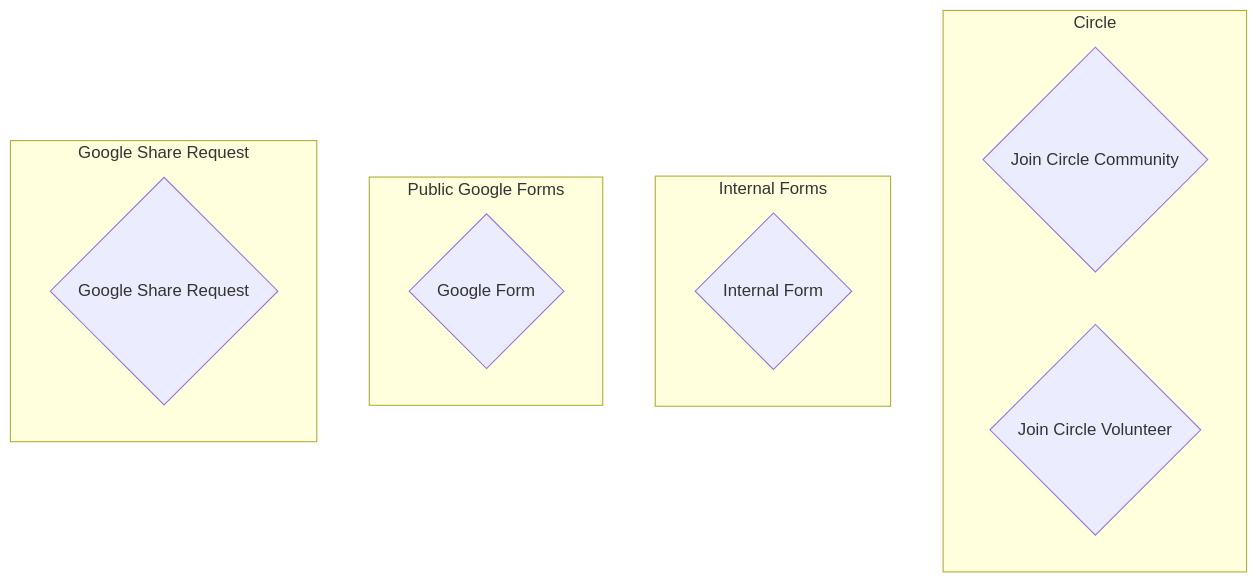
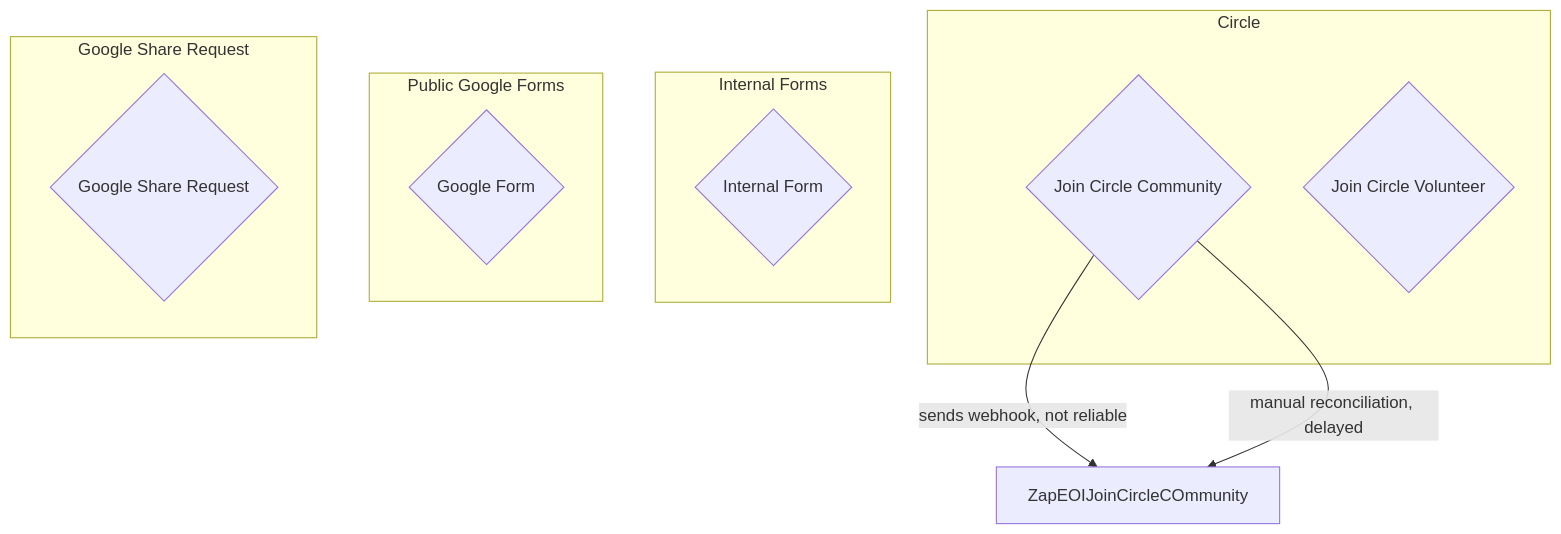
One commit to CloudSecurityAlliance/CSA-IT-Operations changed the diagram in projects/WG-automation/WG-automation-3.md. Above: the diagram before and after it, drawn with Mermaid.

````diff
--- a/projects/WG-automation/WG-automation-3.md
+++ b/projects/WG-automation/WG-automation-3.md
@@ -1,32 +1,36 @@
 ```mermaid
 graph TD;
 
 %% CIRCLE SIDE
 %% Verified email, user initiates action
 subgraph Circle
 joinCircleCommunity{Join Circle Community}
 joinCircleVolunteer{Join Circle Volunteer}
 end
+
+joinCircleCommunity-->|sends webhook, not reliable|ZapEOIJoinCircleCOmmunity
+joinCircleCommunity-->|manual reconciliation, delayed|ZapEOIJoinCircleCOmmunity
+
 
 %% Internal Forms
 %% Internal form, assumes EOI given
 subgraph Internal Forms
 FillOutInternalForm{Internal Form}
 end
 
 %% Public Google Forms
 %% Rerquire valid google account email, so that ensures sharing will work
 subgraph Public Google Forms
 FillOutGoogleForm{Google Form}
 end
 
 %% Google Share Request
 %% Rerquire valid google account email, so that ensures sharing will work
 %% This could be automated to add tem, or reply with signup links
 subgraph Google Share Request
 GoogleShareRequest{Google Share Request}
 end
 
 
 
 ```
````
